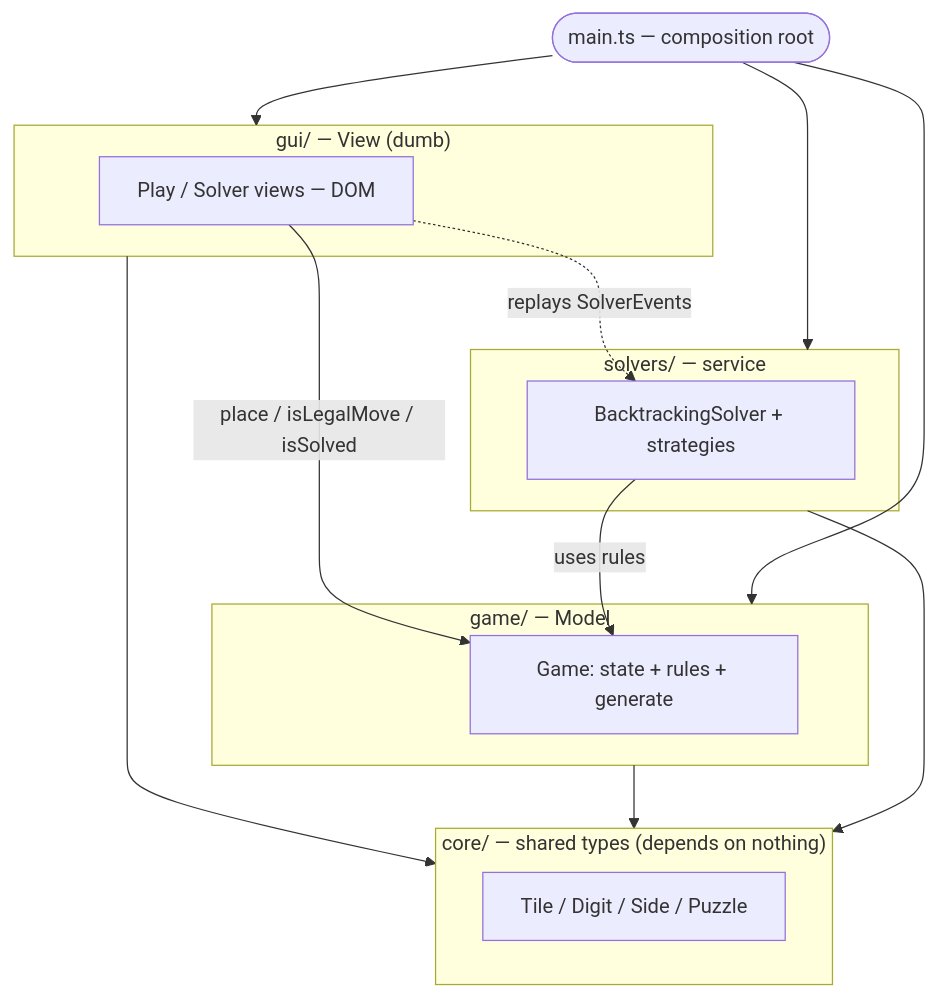
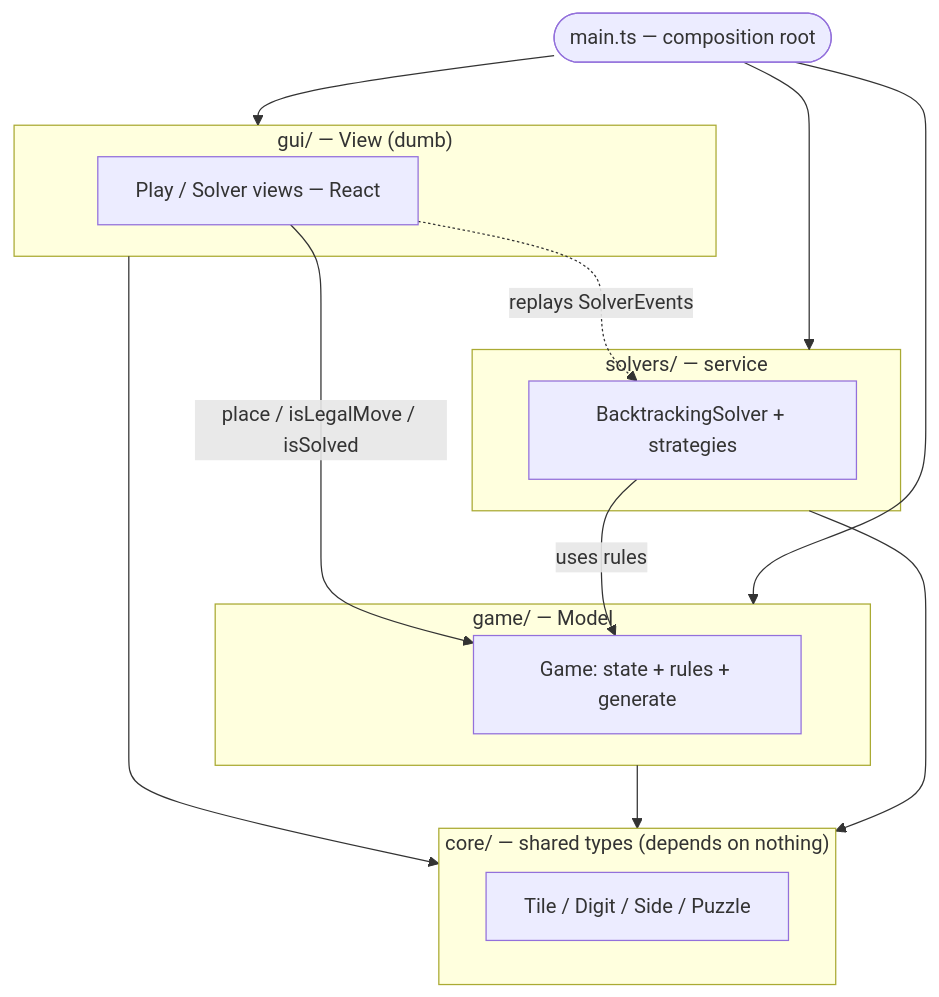
One commit to LucianChirca/Tetra-Vex-Solver changed the diagram in README.md. Above: the diagram before and after it, drawn with Mermaid. The commit also changed other lines of this file and 6 other files, not shown here.

Commit message:
feat(gui): render the play view with React; upgrade Vite to 8

````diff
--- a/README.md
+++ b/README.md
@@ -74,28 +75,28 @@
 ```mermaid
 flowchart TD
     main([main.ts — composition root])
 
     subgraph GUI["gui/ — View (dumb)"]
-        views[Play / Solver views — DOM]
+        views[Play / Solver views — React]
     end
     subgraph GAME["game/ — Model"]
         model[Game: state + rules + generate]
     end
     subgraph SOLVERS["solvers/ — service"]
         solver[BacktrackingSolver + strategies]
     end
     subgraph CORE["core/ — shared types (depends on nothing)"]
         types[Tile / Digit / Side / Puzzle]
     end
 
     main --> GUI
     main --> GAME
     main --> SOLVERS
 
     views -->|"place / isLegalMove / isSolved"| model
     views -.->|"replays SolverEvents"| solver
     solver -->|uses rules| model
     GUI --> CORE
     GAME --> CORE
     SOLVERS --> CORE
 ```
````
